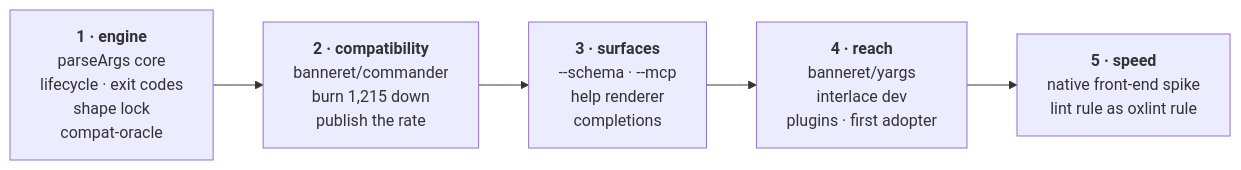
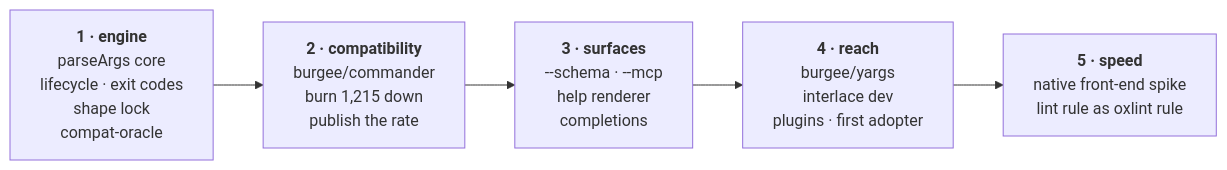
One commit to ofri-peretz/burgee changed the seventh of 8 diagrams in docs/research/architecture.md. Above: the diagram before and after it, drawn with Mermaid. The commit also changed other lines of this file and 12 other files, not shown here.

````diff
--- a/docs/research/architecture.md
+++ b/docs/research/architecture.md
@@ -194,7 +194,7 @@
 ```mermaid
 flowchart LR
-  W1["<b>1 · engine</b><br/>parseArgs core<br/>lifecycle · exit codes<br/>shape lock<br/>compat-oracle"] --> W2["<b>2 · compatibility</b><br/>banneret/commander<br/>burn 1,215 down<br/>publish the rate"]
+  W1["<b>1 · engine</b><br/>parseArgs core<br/>lifecycle · exit codes<br/>shape lock<br/>compat-oracle"] --> W2["<b>2 · compatibility</b><br/>burgee/commander<br/>burn 1,215 down<br/>publish the rate"]
   W2 --> W3["<b>3 · surfaces</b><br/>--schema · --mcp<br/>help renderer<br/>completions"]
-  W3 --> W4["<b>4 · reach</b><br/>banneret/yargs<br/>interlace dev<br/>plugins · first adopter"]
+  W3 --> W4["<b>4 · reach</b><br/>burgee/yargs<br/>interlace dev<br/>plugins · first adopter"]
   W4 --> W5["<b>5 · speed</b><br/>native front-end spike<br/>lint rule as oxlint rule"]
 ```
````
